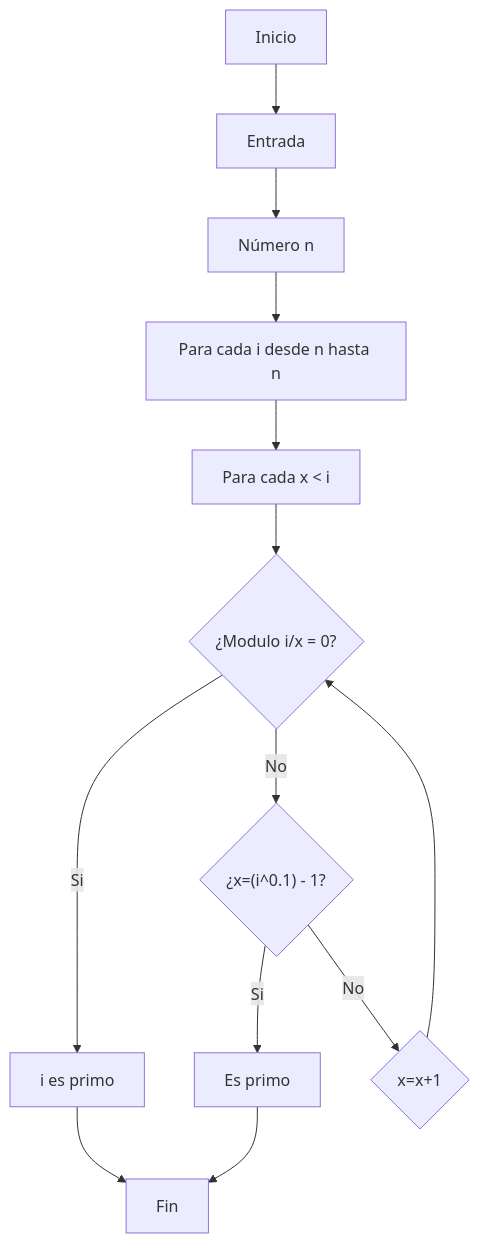
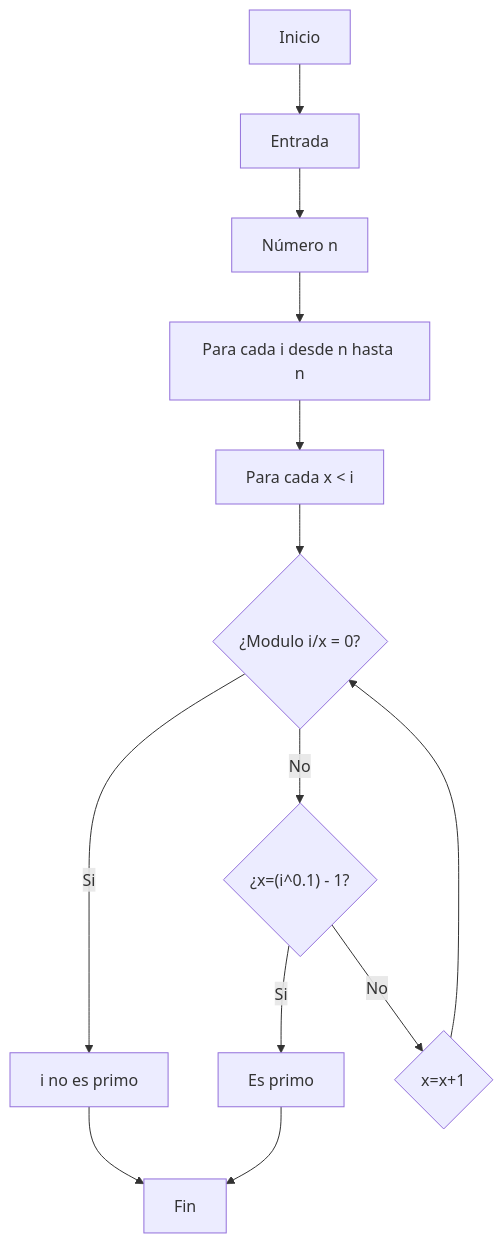
One commit to JulianGustin/RETO3 changed the diagram in README.md. Above: the diagram before and after it, drawn with Mermaid.

````diff
--- a/README.md
+++ b/README.md
@@ -34,9 +34,9 @@
 ```mermaid
 flowchart TD;
 A[Inicio]-->B[Entrada]-->C
 C[Número n]-->D[Para cada i desde n hasta n]-->E 
 E[Para cada x < i]-->F
-F{¿Modulo i/x = 0?} -- Si --> G[i es primo] -->K[Fin]
+F{¿Modulo i/x = 0?} -- Si --> G[i no es primo] -->K[Fin]
 F -- No --> H{"¿x=(i^0.1) - 1?"} -- Si --> I[Es primo] -->K
 H -- No --> J{x=x+1} --> F
 ```
````
